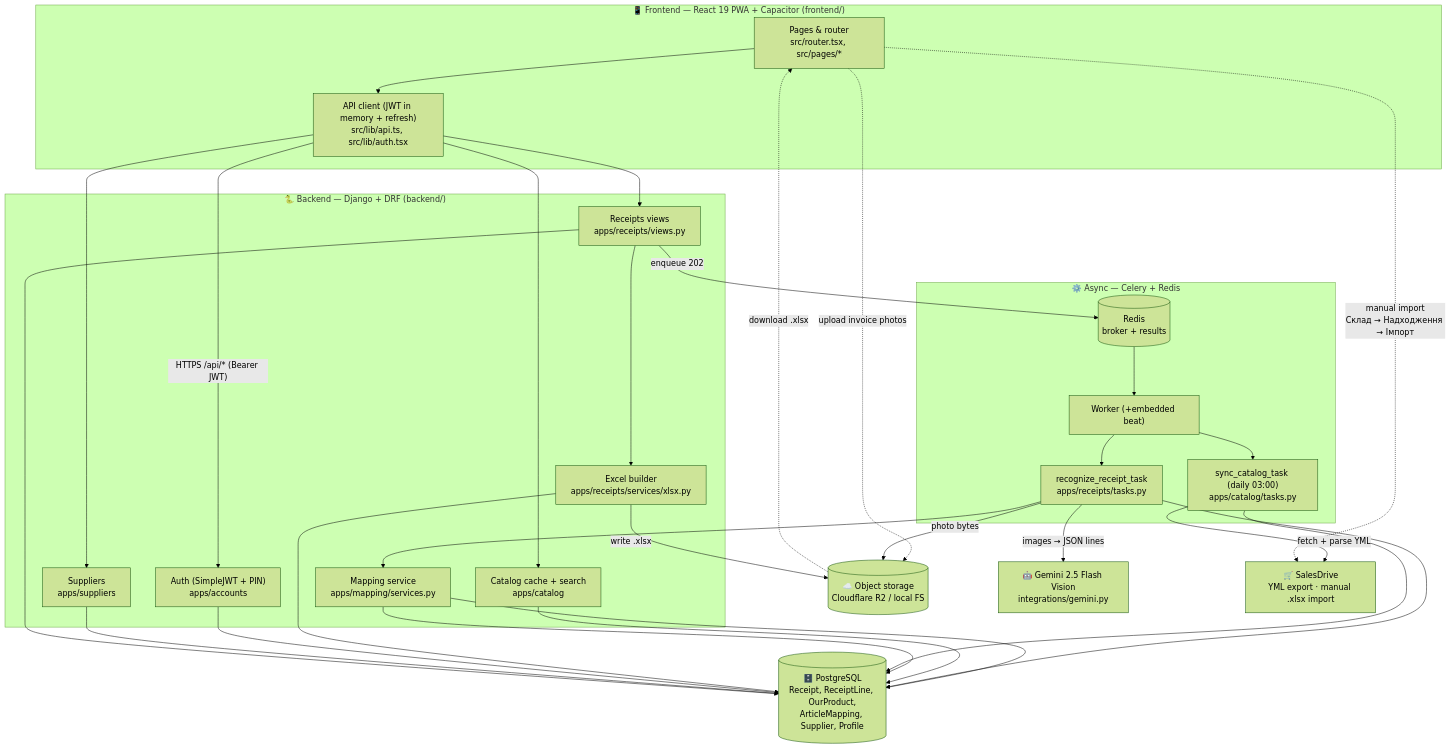
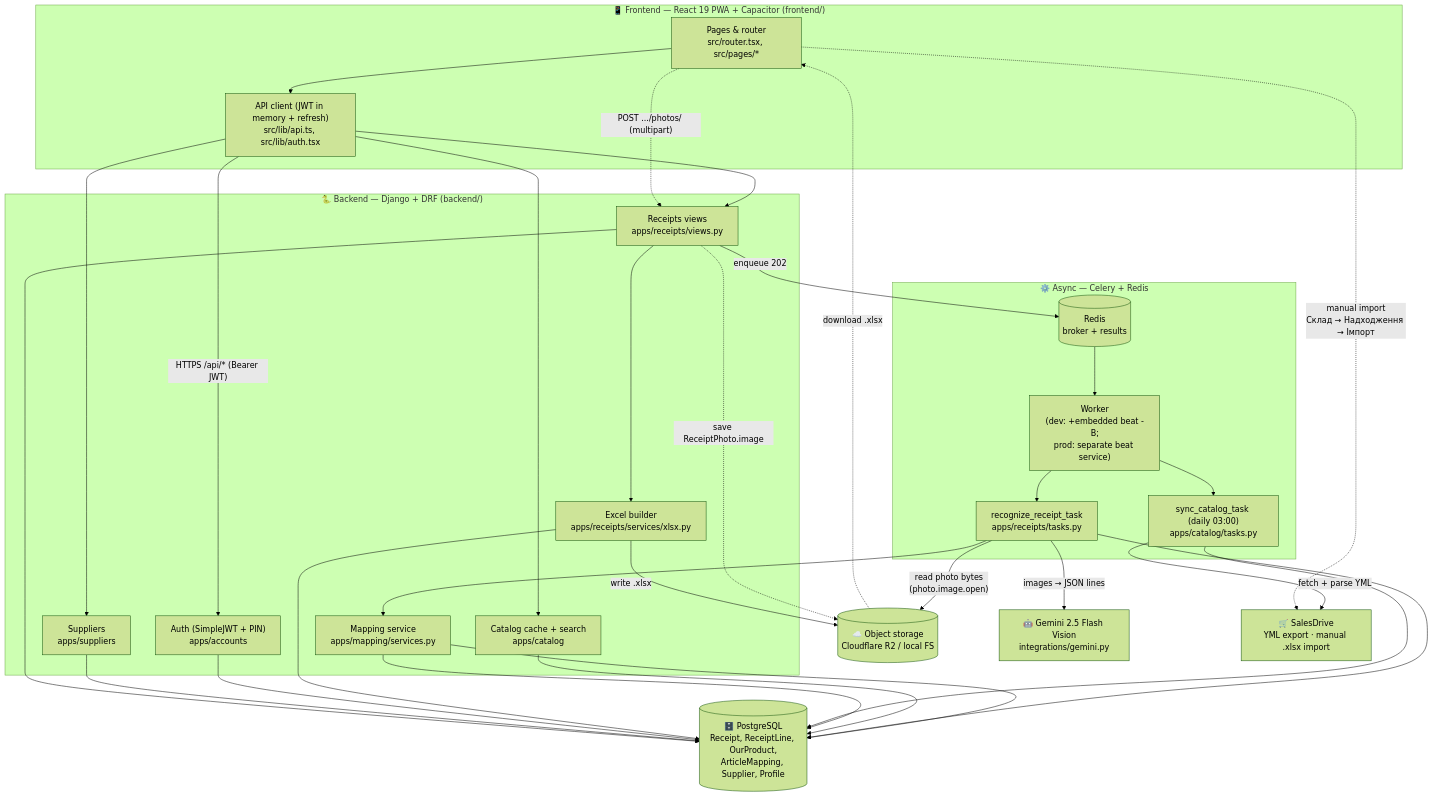
One commit to valera56856/docs changed the second of 2 diagrams in docs/ARCHITECTURE.md. Above: the diagram before and after it, drawn with Mermaid (forest theme). The commit also changed other lines of this file and 82 other files, not shown here.

First line of the commit message:
feat: implement Valeraup stories 2-13 (auth, design system, PWA flows, deploy)

````diff
--- a/docs/ARCHITECTURE.md
+++ b/docs/ARCHITECTURE.md
@@ -249,67 +319,68 @@
 ```mermaid
 flowchart TD
     subgraph Client["📱 Frontend — React 19 PWA + Capacitor (frontend/)"]
         UI["Pages & router<br/>src/router.tsx, src/pages/*"]
         API_LIB["API client (JWT in memory + refresh)<br/>src/lib/api.ts, src/lib/auth.tsx"]
         UI --> API_LIB
     end
 
     subgraph Backend["🐍 Backend — Django + DRF (backend/)"]
         AUTH["Auth (SimpleJWT + PIN)<br/>apps/accounts"]
         SUP["Suppliers<br/>apps/suppliers"]
         CAT["Catalog cache + search<br/>apps/catalog"]
         MAP["Mapping service<br/>apps/mapping/services.py"]
         REC["Receipts views<br/>apps/receipts/views.py"]
         XLSX["Excel builder<br/>apps/receipts/services/xlsx.py"]
     end
 
     subgraph Async["⚙️ Async — Celery + Redis"]
         REDIS[("Redis<br/>broker + results")]
-        WORKER["Worker (+embedded beat)"]
+        WORKER["Worker<br/>(dev: +embedded beat -B;<br/>prod: separate beat service)"]
         T_OCR["recognize_receipt_task<br/>apps/receipts/tasks.py"]
         T_SYNC["sync_catalog_task (daily 03:00)<br/>apps/catalog/tasks.py"]
         WORKER --> T_OCR
         WORKER --> T_SYNC
     end
 
     DB[("🗄️ PostgreSQL<br/>Receipt, ReceiptLine, OurProduct,<br/>ArticleMapping, Supplier, Profile")]
     STORE[("☁️ Object storage<br/>Cloudflare R2 / local FS")]
 
     GEMINI["🤖 Gemini 2.5 Flash Vision<br/>integrations/gemini.py"]
     SALESDRIVE["🛒 SalesDrive<br/>YML export · manual .xlsx import"]
 
     %% Client ↔ Backend
     API_LIB -->|"HTTPS /api/* (Bearer JWT)"| AUTH
     API_LIB --> SUP
     API_LIB --> CAT
     API_LIB --> REC
 
-    %% Photo capture & storage
-    UI -.->|"upload invoice photos"| STORE
+    %% Photo capture & storage (multipart upload → backend → default storage)
+    UI -.->|"POST .../photos/ (multipart)"| REC
+    REC -.->|"save ReceiptPhoto.image"| STORE
 
     %% Recognize pipeline
     REC -->|"enqueue 202"| REDIS --> WORKER
-    T_OCR -->|"photo bytes"| STORE
+    T_OCR -->|"read photo bytes<br/>(photo.image.open)"| STORE
     T_OCR -->|"images → JSON lines"| GEMINI
     T_OCR --> MAP
     MAP --> DB
     T_OCR --> DB
 
     %% Mapping & catalog
     CAT --> DB
     MAP --> DB
     T_SYNC -->|"fetch + parse YML"| SALESDRIVE
     T_SYNC --> DB
 
     %% Excel generation & import
     REC --> XLSX
     XLSX -->|"write .xlsx"| STORE
     XLSX --> DB
     STORE -.->|"download .xlsx"| UI
     UI -.->|"manual import<br/>Склад → Надходження → Імпорт"| SALESDRIVE
 
     %% Backend ↔ persistence
     AUTH --> DB
     SUP --> DB
     REC --> DB
 ```
````
